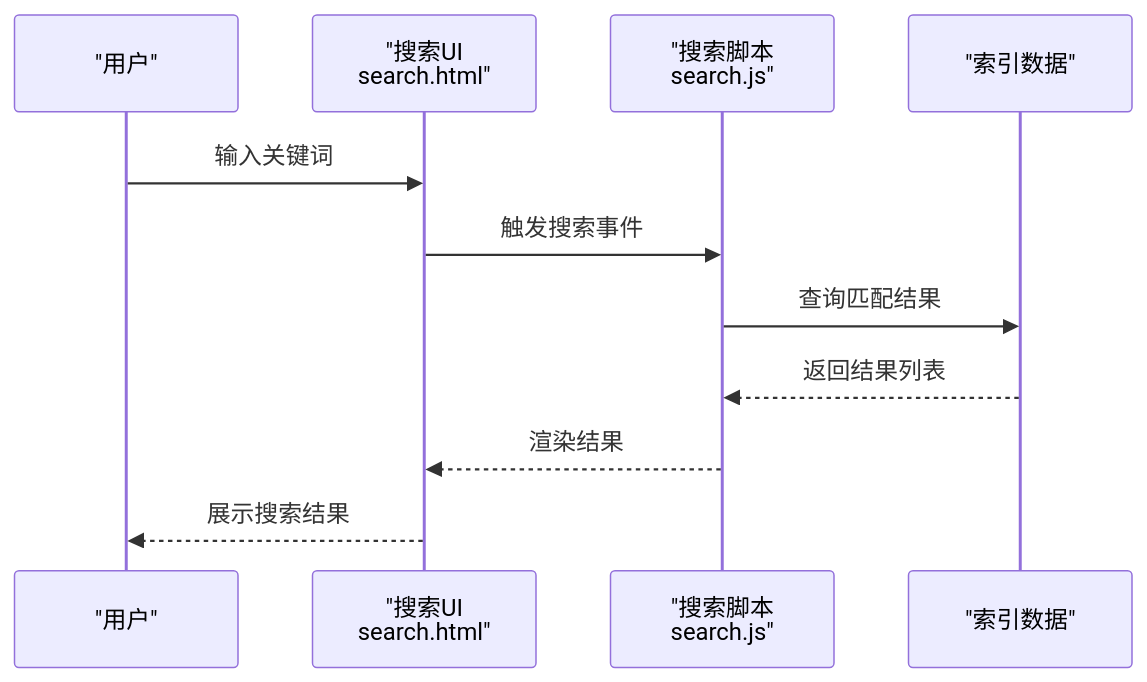
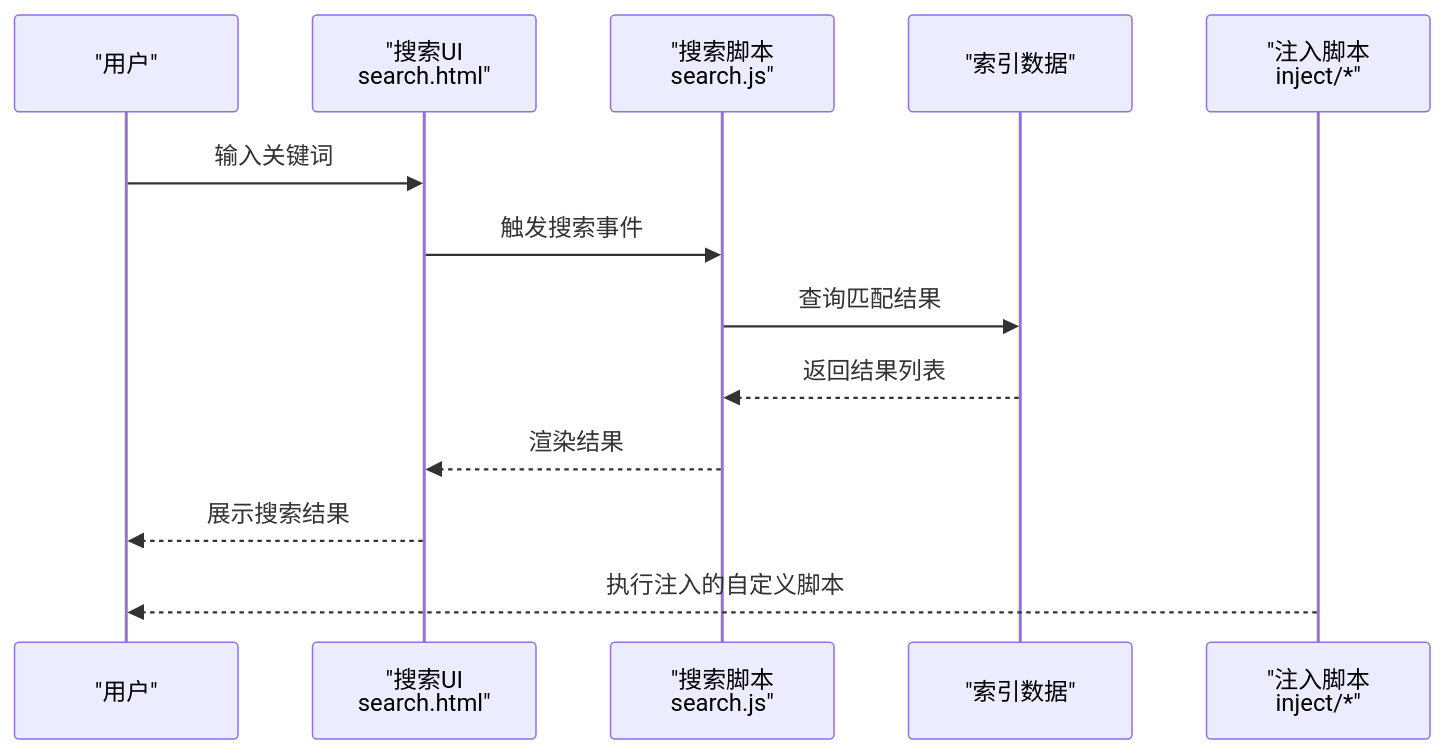
Before and after one commit to nianjiang/nianjiang.github.io: the sixth of 9 diagrams in .qoder/repowiki/zh/content/主题定制/主题定制.md, drawn with Mermaid. The commit also changed other lines of this file and 21 other files, not shown here.

````diff
--- a/.qoder/repowiki/zh/content/主题定制/主题定制.md
+++ b/.qoder/repowiki/zh/content/主题定制/主题定制.md
@@ -283,13 +357,15 @@
 ```mermaid
 sequenceDiagram
 participant U as "用户"
 participant SUI as "搜索UI<br/>search.html"
 participant SJ as "搜索脚本<br/>search.js"
 participant IDX as "索引数据"
+participant INJ as "注入脚本<br/>inject/*"
 U->>SUI : 输入关键词
 SUI->>SJ : 触发搜索事件
 SJ->>IDX : 查询匹配结果
 IDX-->>SJ : 返回结果列表
 SJ-->>SUI : 渲染结果
 SUI-->>U : 展示搜索结果
+INJ-->>U : 执行注入的自定义脚本
 ```
````
